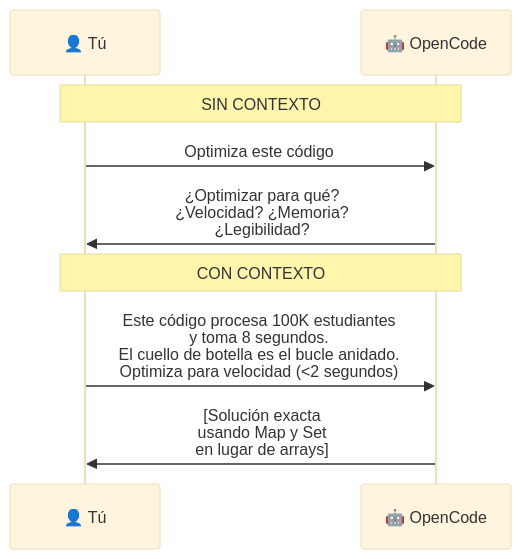
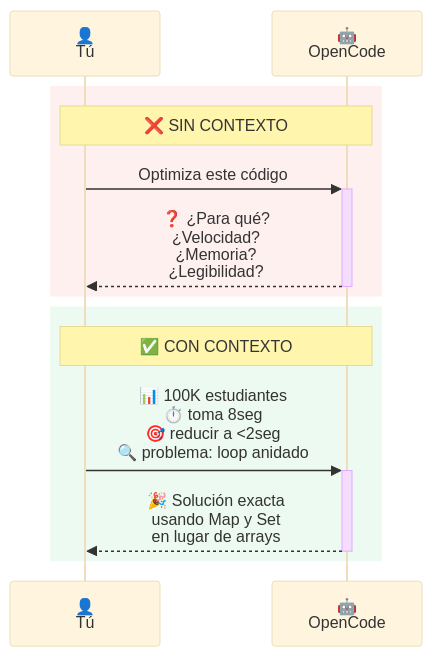
The fifth of 18 diagrams in courses/🟡-development/FPUNA-2026/00-FUNDAMENTOS-PRINCIPALES/03-ingenieria-prompts.md (Ai-Whisperers/Courses-Content), drawn with Mermaid (base theme) before and after one commit. The commit also changed other lines of this file, not shown here.

First line of the commit message:
Improve first 5 Mermaid diagrams in 03-ingenieria-prompts.md (5/18)

````diff
--- a/courses/🟡-development/FPUNA-2026/00-FUNDAMENTOS-PRINCIPALES/03-ingenieria-prompts.md
+++ b/courses/🟡-development/FPUNA-2026/00-FUNDAMENTOS-PRINCIPALES/03-ingenieria-prompts.md
@@ -319,13 +334,17 @@
 ```mermaid
 sequenceDiagram
-    participant U as 👤 Tú
-    participant OC as 🤖 OpenCode
+    participant U as 👤<br/>Tú
+    participant OC as 🤖<br/>OpenCode
     
-    Note over U,OC: SIN CONTEXTO
-    U->>OC: Optimiza este código
-    OC->>U: ¿Optimizar para qué?<br/>¿Velocidad? ¿Memoria?<br/>¿Legibilidad?
+    rect rgb(255, 107, 107, 0.1)
+        Note over U,OC: ❌ SIN CONTEXTO
+        U->>+OC: Optimiza este código
+        OC-->>-U: ❓ ¿Para qué?<br/>¿Velocidad?<br/>¿Memoria?<br/>¿Legibilidad?
+    end
     
-    Note over U,OC: CON CONTEXTO
-    U->>OC: Este código procesa 100K estudiantes<br/>y toma 8 segundos.<br/>El cuello de botella es el bucle anidado.<br/>Optimiza para velocidad (<2 segundos)
-    OC->>U: [Solución exacta<br/>usando Map y Set<br/>en lugar de arrays]
+    rect rgb(80, 200, 120, 0.1)
+        Note over U,OC: ✅ CON CONTEXTO
+        U->>+OC: 📊 100K estudiantes<br/>⏱️ toma 8seg<br/>🎯 reducir a <2seg<br/>🔍 problema: loop anidado
+        OC-->>-U: 🎉 Solución exacta<br/>usando Map y Set<br/>en lugar de arrays
+    end
 ```
````
